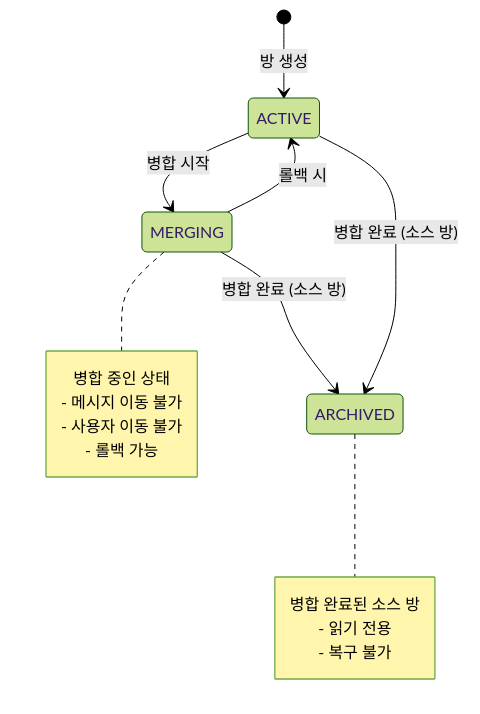
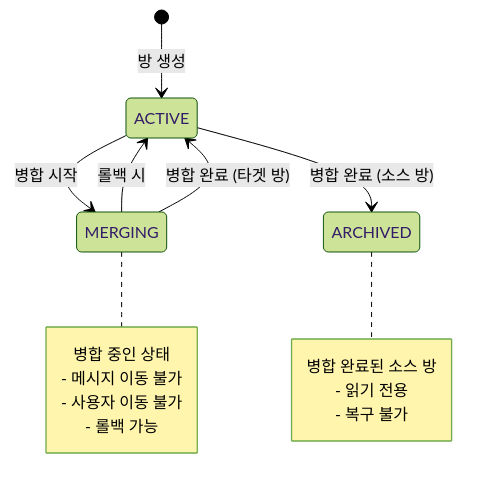
One commit to hvunrnin/chatting_msa changed the sixth of 9 diagrams in README.md. Above: the diagram before and after it, drawn with Mermaid (forest theme).

````diff
--- a/README.md
+++ b/README.md
@@ -198,21 +198,21 @@
 ```mermaid
 stateDiagram-v2
     [*] --> ACTIVE: 방 생성
     ACTIVE --> MERGING: 병합 시작
     MERGING --> ACTIVE: 롤백 시
-    MERGING --> ARCHIVED: 병합 완료 (소스 방)
+    MERGING --> ACTIVE: 병합 완료 (타겟 방)
     ACTIVE --> ARCHIVED: 병합 완료 (소스 방)
     
     note right of MERGING
         병합 중인 상태
         - 메시지 이동 불가
         - 사용자 이동 불가
         - 롤백 가능
     end note
     
     note right of ARCHIVED
         병합 완료된 소스 방
         - 읽기 전용
         - 복구 불가
     end note
 ```
````
